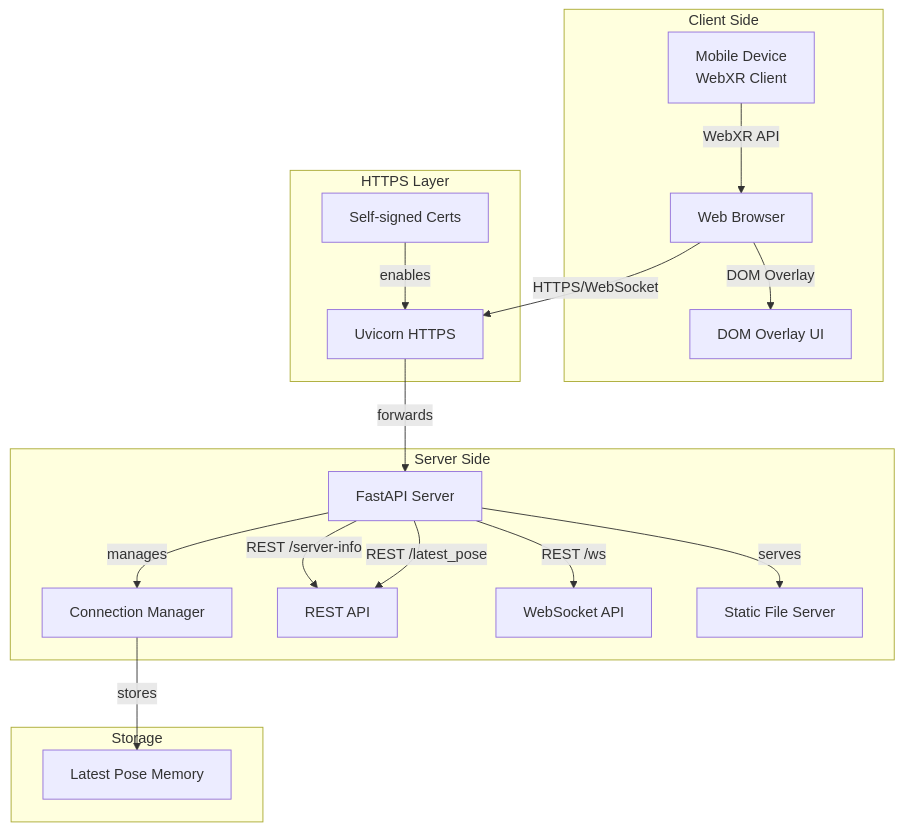
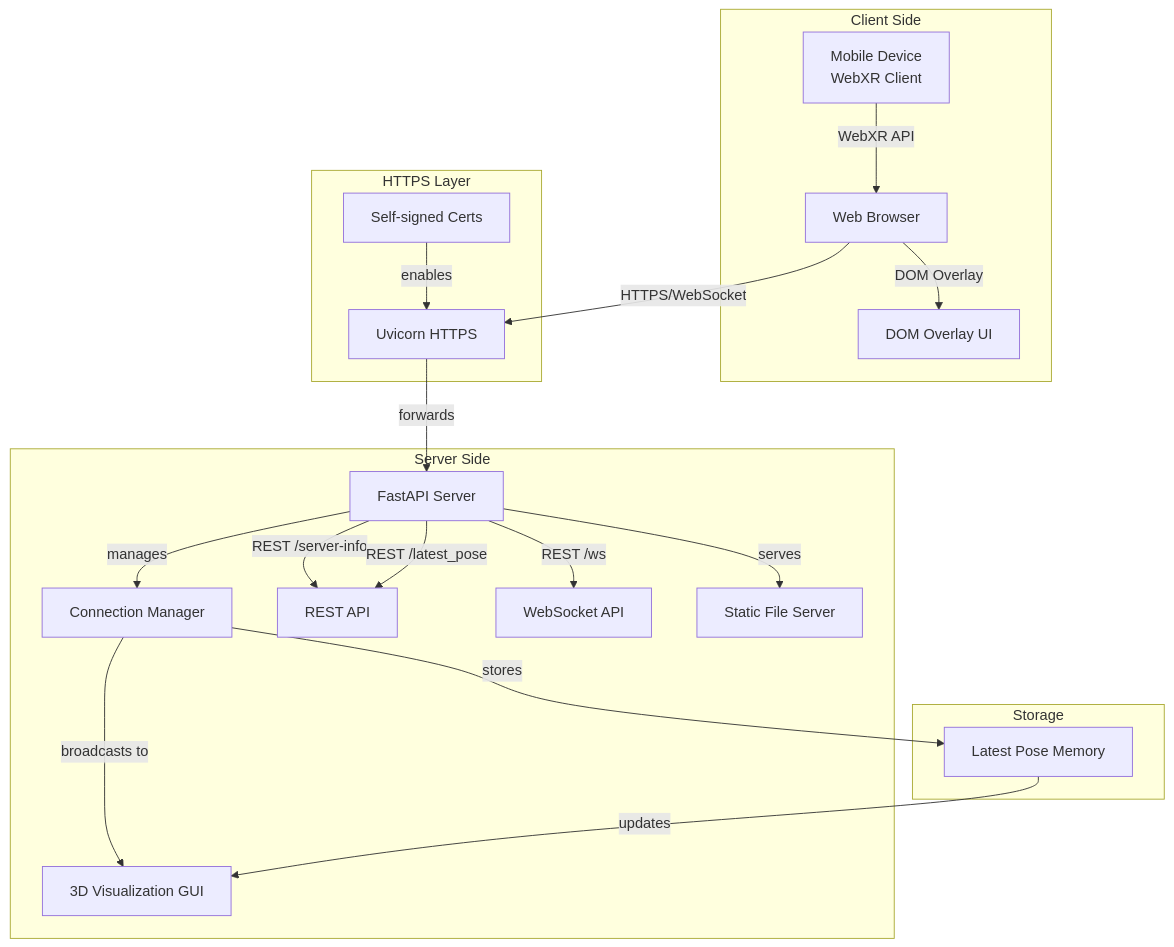
Before and after one commit to sudhirpratapyadav/webxr_api_server: the first of 4 diagrams in diagrams.md, drawn with Mermaid. The commit also changed other lines of this file and 7 other files, not shown here.

````diff
--- a/diagrams.md
+++ b/diagrams.md
@@ -5,37 +5,40 @@
 ```mermaid
 graph TD
     subgraph Client Side
         A[Mobile Device<br>WebXR Client]
         B[Web Browser]
         L[DOM Overlay UI]
     end
     
     subgraph Server Side
         C[FastAPI Server]
         D[Connection Manager]
         E[REST API]
         F[WebSocket API]
         G[Static File Server]
+        V[3D Visualization GUI]
     end
     
     subgraph HTTPS Layer
         H[Uvicorn HTTPS]
         I[Self-signed Certs]
     end
     
     subgraph Storage
         J[Latest Pose Memory]
     end
 
     A -- WebXR API --> B
     B -- DOM Overlay --> L
     B -- HTTPS/WebSocket --> H
     H -- forwards --> C
     C -- serves --> G
     C -- REST /ws --> F
     C -- REST /server-info --> E
     C -- REST /latest_pose --> E
     C -- manages --> D
     D -- stores --> J
+    D -- broadcasts to --> V
     I -- enables --> H
+    J -- updates --> V
 ```
````
